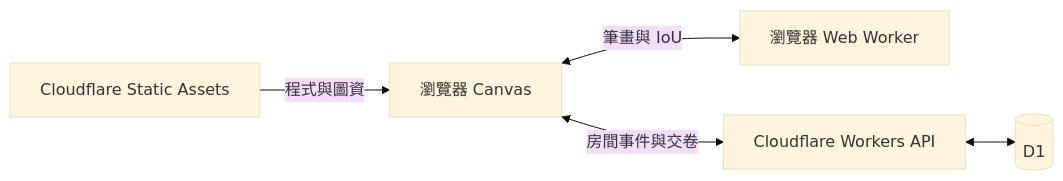
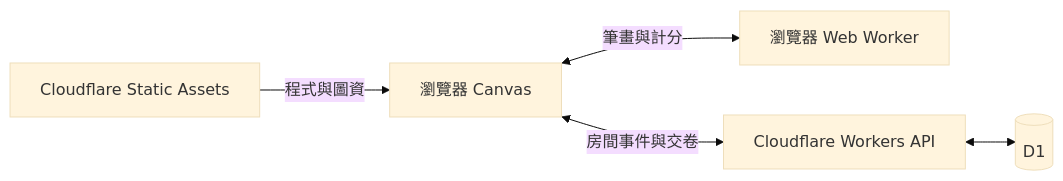
The diagram in ARCHITECTURE.md (icemiku-AS/circle-taiwan), drawn with Mermaid (base theme) before and after one commit. The commit also changed other lines of this file and 35 other files, not shown here.

````diff
--- a/ARCHITECTURE.md
+++ b/ARCHITECTURE.md
@@ -3,7 +3,7 @@
 ```mermaid
 flowchart LR
   Assets[Cloudflare Static Assets] -->|程式與圖資| UI[瀏覽器 Canvas]
-  UI <-->|筆畫與 IoU| Scoring[瀏覽器 Web Worker]
+  UI <-->|筆畫與計分| Scoring[瀏覽器 Web Worker]
   UI <-->|房間事件與交卷| API[Cloudflare Workers API]
   API <--> DB[(D1)]
 ```
````
